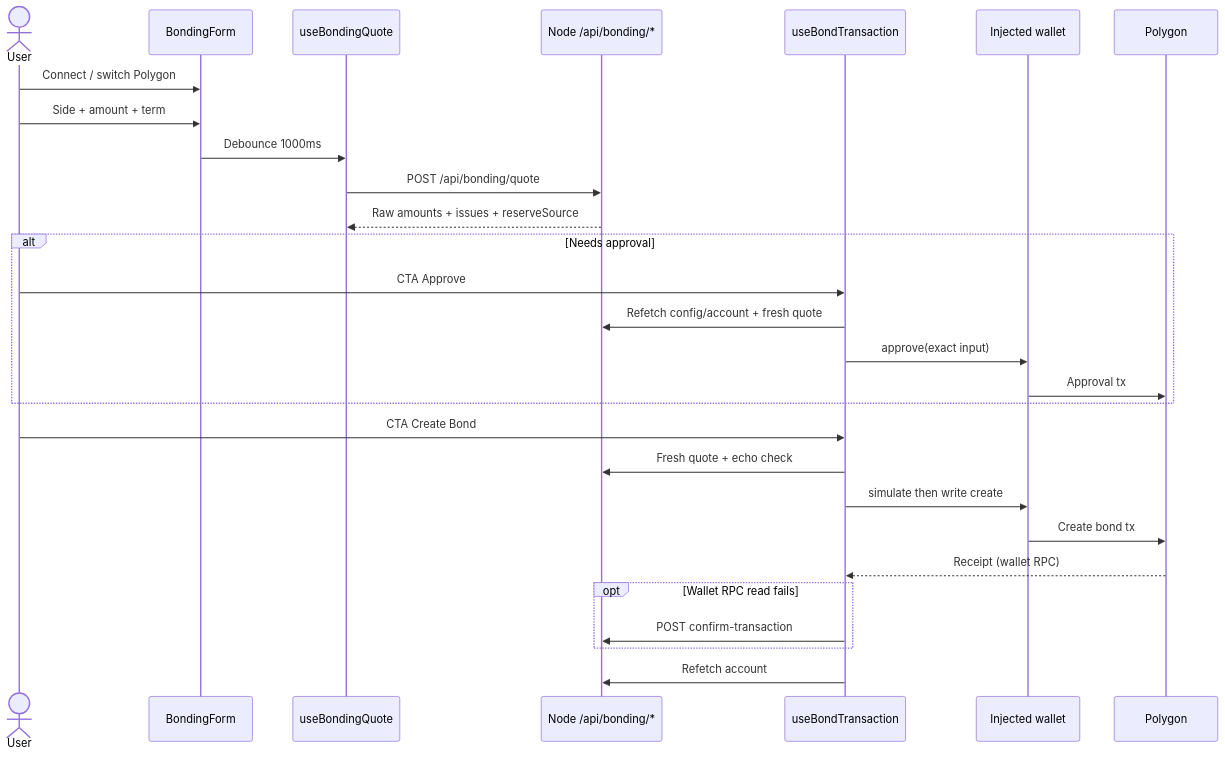
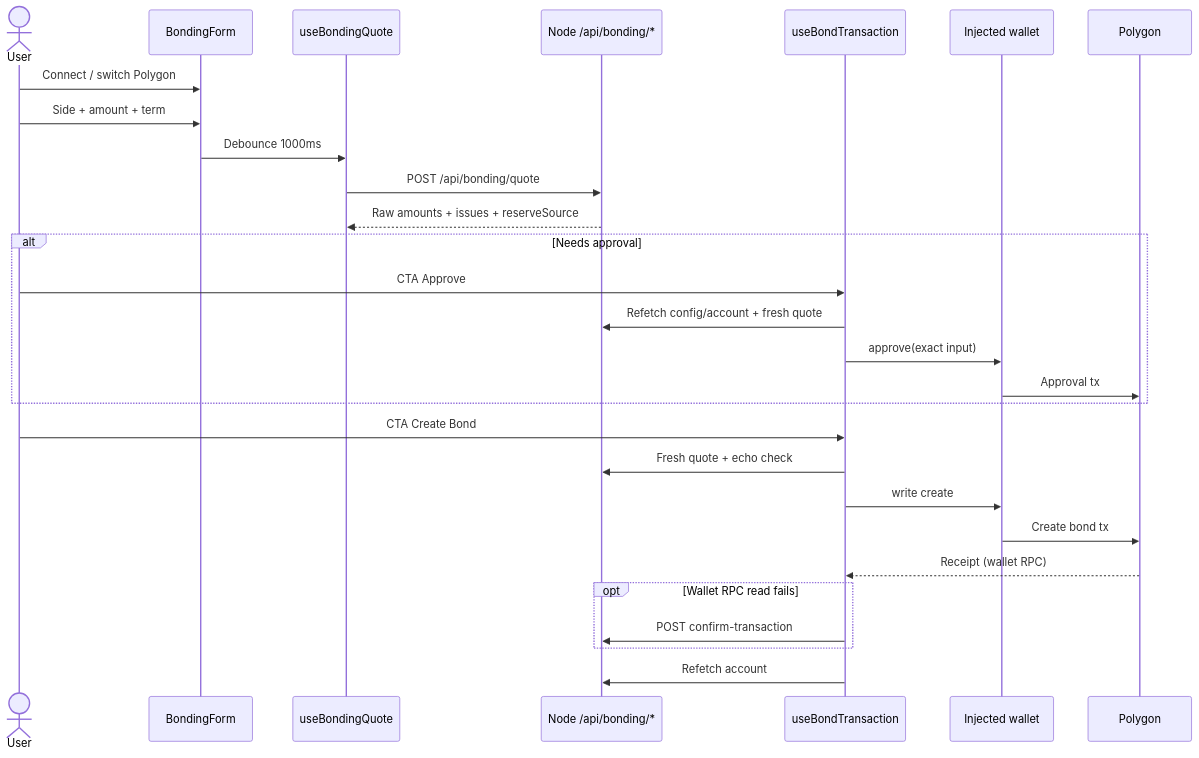
One commit to lx-production/prana-stats-revamp changed the second of 2 diagrams in docs/bonding-technical-overview.md. Above: the diagram before and after it, drawn with Mermaid. The commit also changed other lines of this file and 10 other files, not shown here.

Commit message:
Refactor Bonding transaction flow by removing explicit simulation calls for write actions, streamlining the process and aligning with staking patterns.

````diff
--- a/docs/bonding-technical-overview.md
+++ b/docs/bonding-technical-overview.md
@@ -135,33 +135,33 @@
 ```mermaid
 sequenceDiagram
   actor User
   participant Form as BondingForm
   participant Quote as useBondingQuote
   participant API as Node /api/bonding/*
   participant Tx as useBondTransaction
   participant Wallet as Injected wallet
   participant Chain as Polygon
 
   User->>Form: Connect / switch Polygon
   User->>Form: Side + amount + term
   Form->>Quote: Debounce 1000ms
   Quote->>API: POST /api/bonding/quote
   API-->>Quote: Raw amounts + issues + reserveSource
 
   alt Needs approval
     User->>Tx: CTA Approve
     Tx->>API: Refetch config/account + fresh quote
     Tx->>Wallet: approve(exact input)
     Wallet->>Chain: Approval tx
   end
 
   User->>Tx: CTA Create Bond
   Tx->>API: Fresh quote + echo check
-  Tx->>Wallet: simulate then write create
+  Tx->>Wallet: write create
   Wallet->>Chain: Create bond tx
   Chain-->>Tx: Receipt (wallet RPC)
   opt Wallet RPC read fails
     Tx->>API: POST confirm-transaction
   end
   Tx->>API: Refetch account
 ```
````
